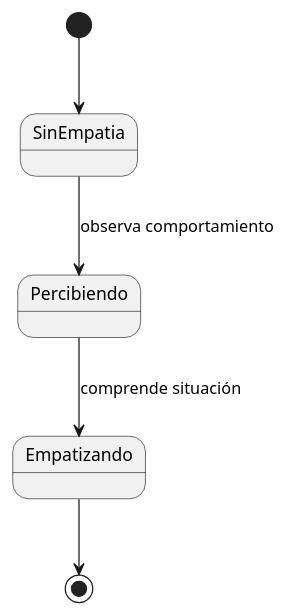
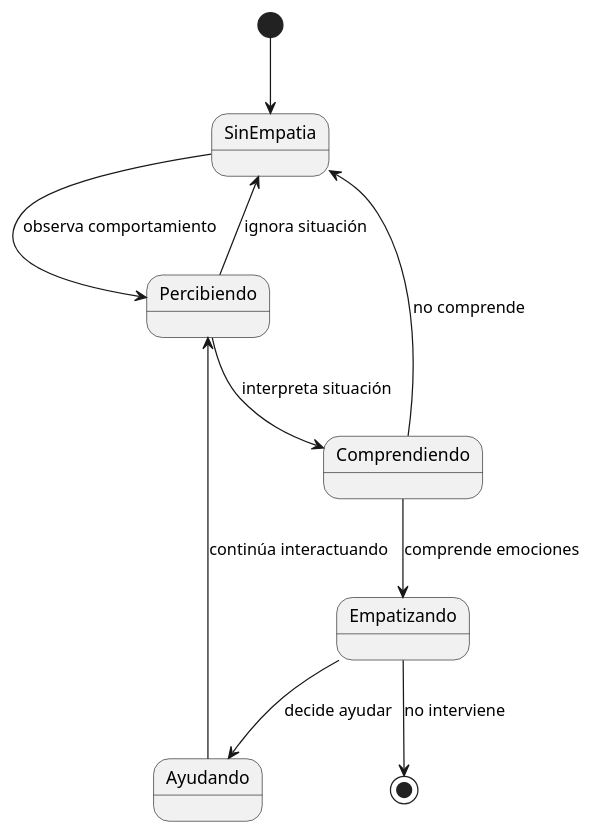
One commit to vanepakk/26-27-idsw1 changed the diagram in entregas/pakVanessa/empatia_estados.puml. Above: the diagram before and after it, drawn with PlantUML. The commit also changed 5 other files, not shown here.

```diff
--- a/entregas/pakVanessa/empatia_estados.puml
+++ b/entregas/pakVanessa/empatia_estados.puml
@@ -1,10 +1,20 @@
 @startuml
+
+hide circle
+hide empty members
 
 [*] --> SinEmpatia
 
 SinEmpatia --> Percibiendo : observa comportamiento
-Percibiendo --> Empatizando : comprende situación
+Percibiendo --> SinEmpatia : ignora situación
+Percibiendo --> Comprendiendo : interpreta situación
 
-Empatizando --> [*]
+Comprendiendo --> SinEmpatia : no comprende
+Comprendiendo --> Empatizando : comprende emociones
+
+Empatizando --> Ayudando : decide ayudar
+Empatizando --> [*] : no interviene
+
+Ayudando --> Percibiendo : continúa interactuando
 
 @enduml
```
